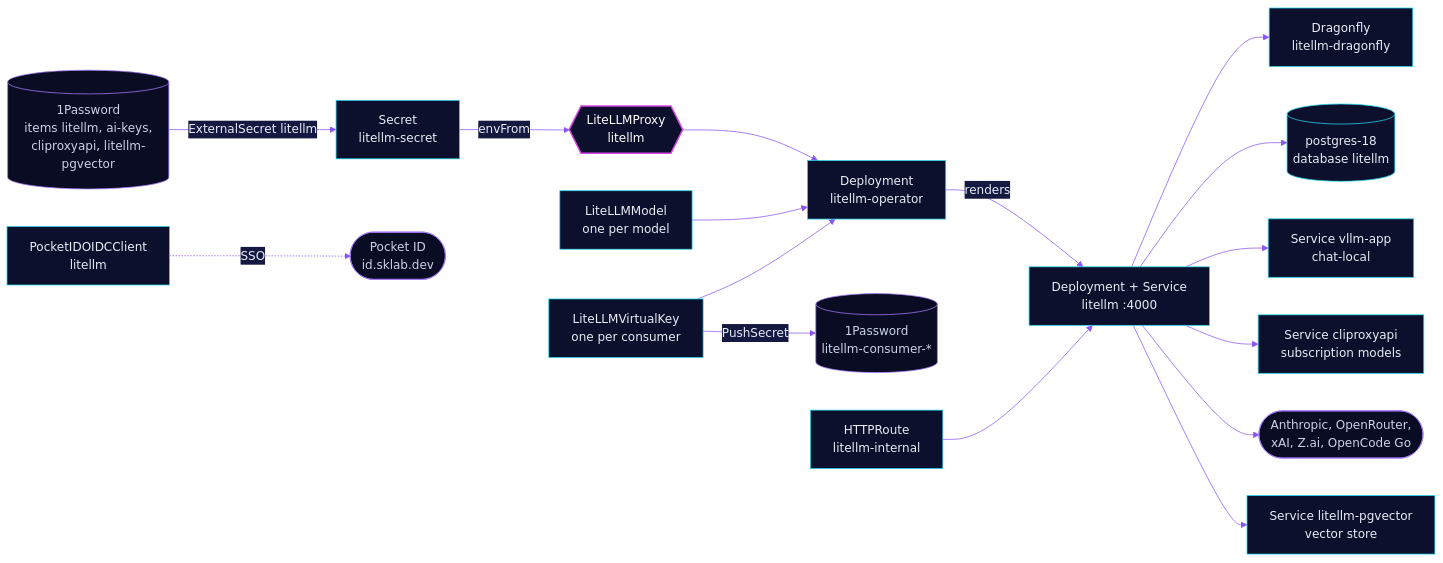
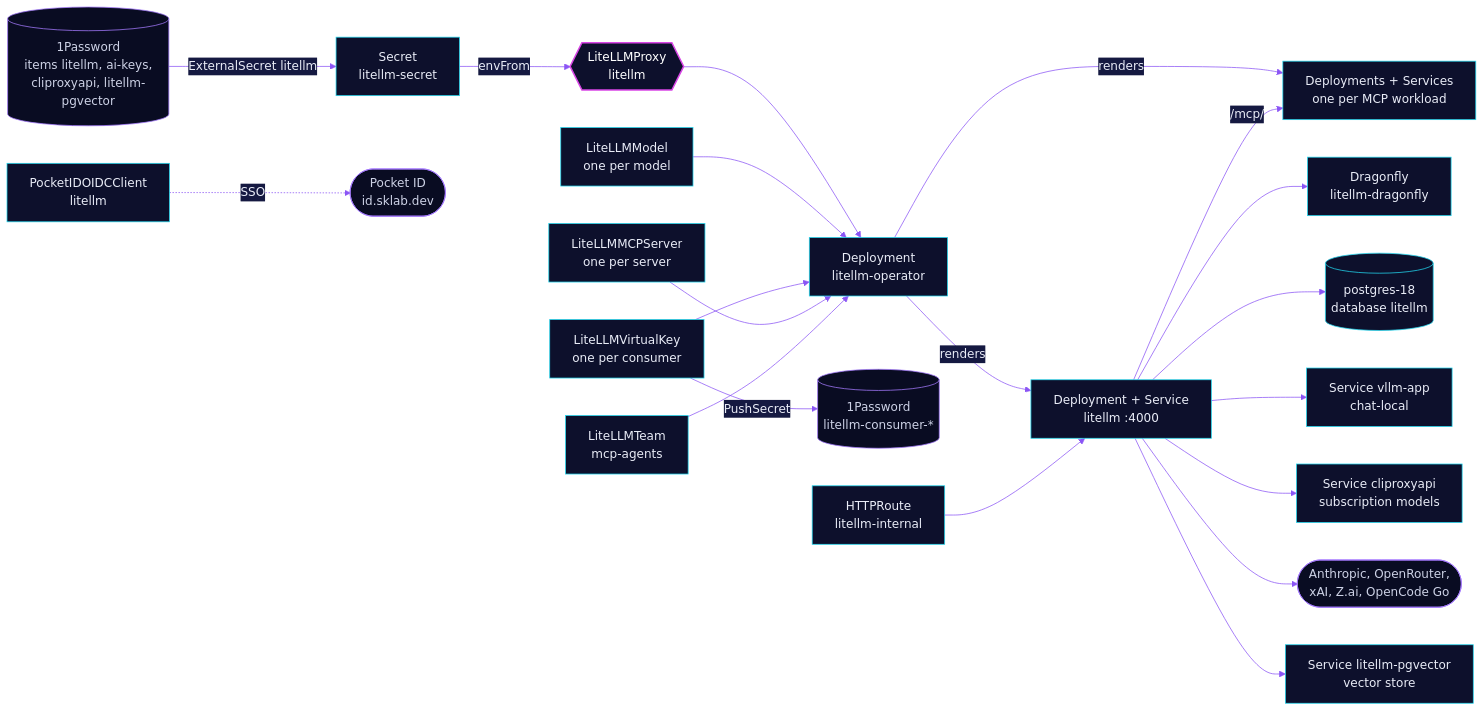
The diagram in kubernetes/apps/base/ai/litellm/README.md (skrumbach/home-ops), drawn with Mermaid before and after one commit. The commit also changed other lines of this file and 28 other files, not shown here.

````diff
--- a/kubernetes/apps/base/ai/litellm/README.md
+++ b/kubernetes/apps/base/ai/litellm/README.md
@@ -43,23 +48,27 @@
 ```mermaid
 %%{init: {'theme':'base','themeVariables':{'primaryColor':'#0D102C','primaryTextColor':'#E9ECF7','primaryBorderColor':'#22D8F0','lineColor':'#8B55F5','secondaryColor':'#151941','tertiaryColor':'#090C22','edgeLabelBackground':'#151941'}}}%%
 flowchart LR
   op[("1Password<br/>items litellm, ai-keys,<br/>cliproxyapi, litellm-pgvector")] -->|ExternalSecret litellm| sec["Secret<br/>litellm-secret"]
   sec -->|envFrom| px{{"LiteLLMProxy<br/>litellm"}}
   opr["Deployment<br/>litellm-operator"] -->|renders| dep["Deployment + Service<br/>litellm :4000"]
   px --> opr
   mod["LiteLLMModel<br/>one per model"] --> opr
   vk["LiteLLMVirtualKey<br/>one per consumer"] -->|PushSecret| op2[("1Password<br/>litellm-consumer-*")]
   vk --> opr
+  mcp["LiteLLMMCPServer<br/>one per server"] --> opr
+  tm["LiteLLMTeam<br/>mcp-agents"] --> opr
+  opr -->|renders| mw["Deployments + Services<br/>one per MCP workload"]
+  dep -->|"/mcp/"| mw
   gw["HTTPRoute<br/>litellm-internal"] --> dep
   dep --> df["Dragonfly<br/>litellm-dragonfly"]
   dep --> pg[("postgres-18<br/>database litellm")]
   dep --> vllm["Service vllm-app<br/>chat-local"]
   dep --> cpa["Service cliproxyapi<br/>subscription models"]
   dep --> cloud(["Anthropic, OpenRouter,<br/>xAI, Z.ai, OpenCode Go"])
   dep --> pgv["Service litellm-pgvector<br/>vector store"]
   oidc["PocketIDOIDCClient<br/>litellm"] -.->|SSO| pid(["Pocket ID<br/>id.sklab.dev"])
   classDef accent fill:#0D102C,stroke:#D946E6,stroke-width:2px,color:#FFFFFF
   classDef ext fill:#090C22,stroke:#A57BFF,color:#CDD2E6
   class px accent
   class op,op2,pid,cloud ext
 ```
````
